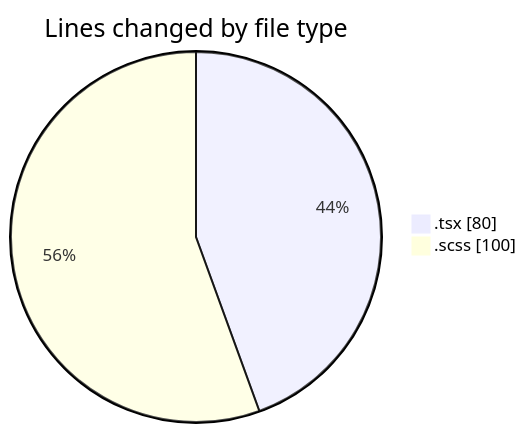
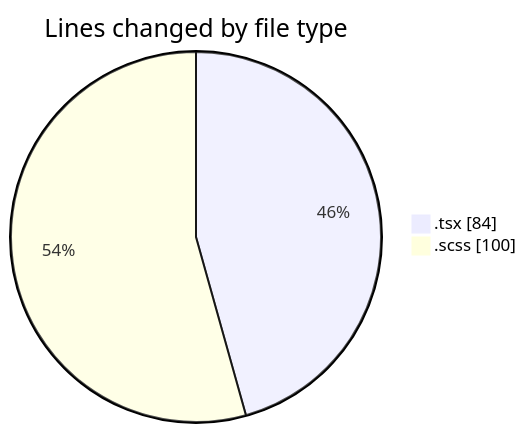
One commit to momahboobian/code-tracking changed the first of 2 diagrams in 2026-04-16/cda/README.md. Above: the diagram before and after it, drawn with Mermaid. The commit also changed other lines of this file and 1 other file, not shown here.

````diff
--- a/2026-04-16/cda/README.md
+++ b/2026-04-16/cda/README.md
@@ -22,6 +22,6 @@
 ```mermaid
 pie showData
 title Lines changed by file type
-".tsx" : 80
+".tsx" : 84
 ".scss" : 100
 ```
````
